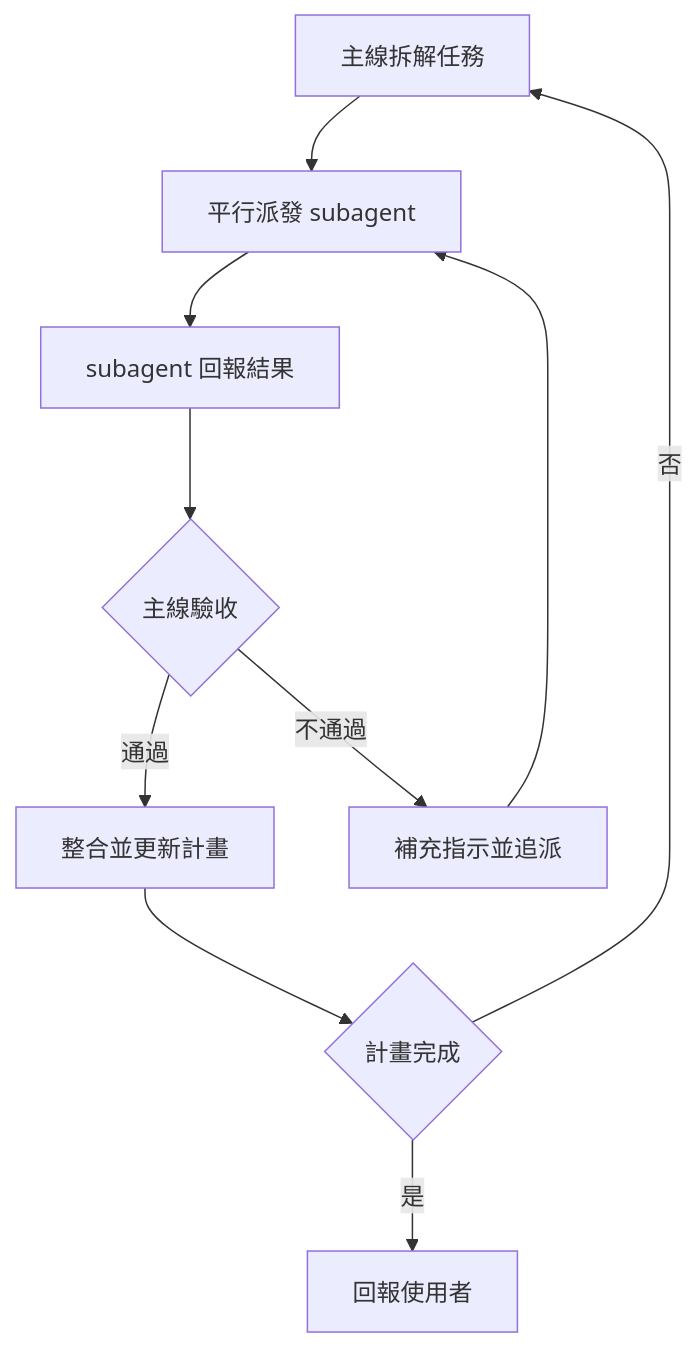
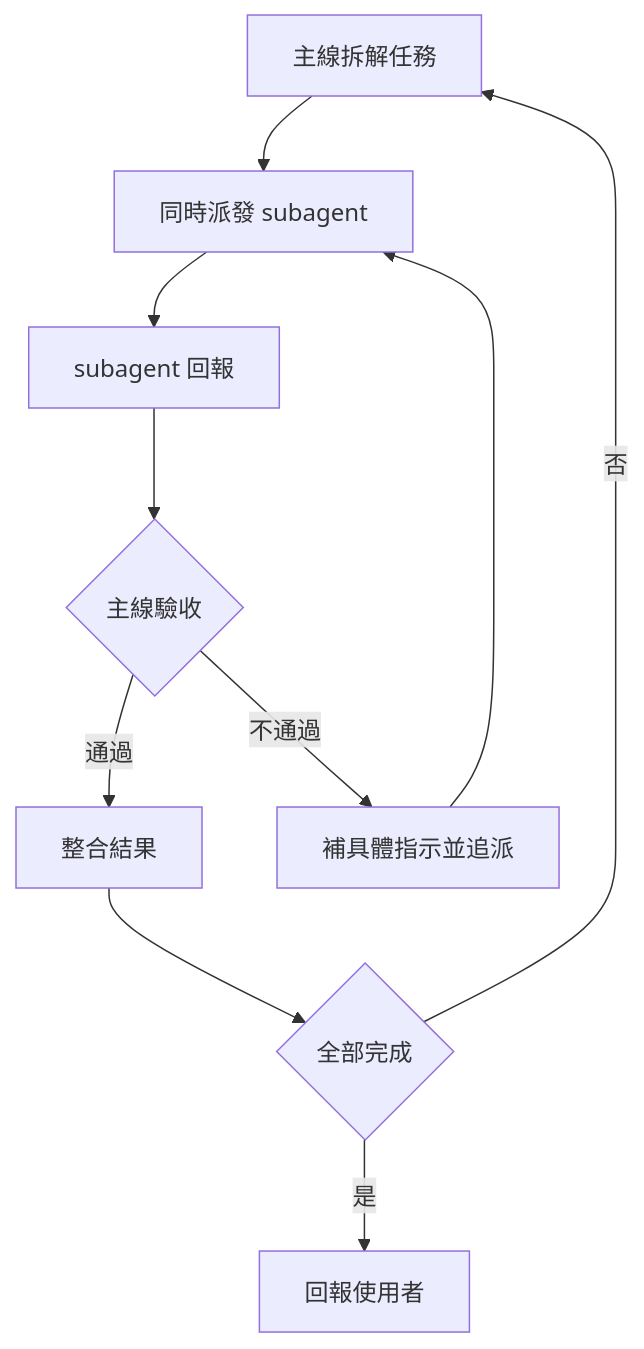
The diagram in my-plugins/my-workflow/skills/my-subagent/SKILL.md (VECTOR-COOL/my-agent-toolkit), drawn with Mermaid before and after one commit. The commit also changed other lines of this file and 1 other file, not shown here.

First line of the commit message:
fix(my-subagent): 補上派發工具、派發單格式與驗收細節

````diff
--- a/my-plugins/my-workflow/skills/my-subagent/SKILL.md
+++ b/my-plugins/my-workflow/skills/my-subagent/SKILL.md
@@ -10,12 +10,12 @@
 ```mermaid
 graph TD
-  A[主線拆解任務] --> B[平行派發 subagent]
-  B --> C[subagent 回報結果]
+  A[主線拆解任務] --> B[同時派發 subagent]
+  B --> C[subagent 回報]
   C --> D{主線驗收}
-  D -->|通過| E[整合並更新計畫]
-  D -->|不通過| F[補充指示並追派]
+  D -->|通過| E[整合結果]
+  D -->|不通過| F[補具體指示並追派]
   F --> B
-  E --> G{計畫完成}
+  E --> G{全部完成}
   G -->|否| A
   G -->|是| H[回報使用者]
 ```
````
